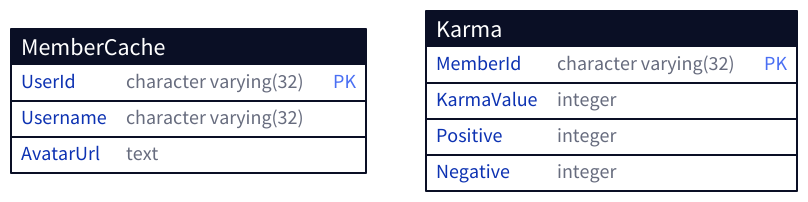
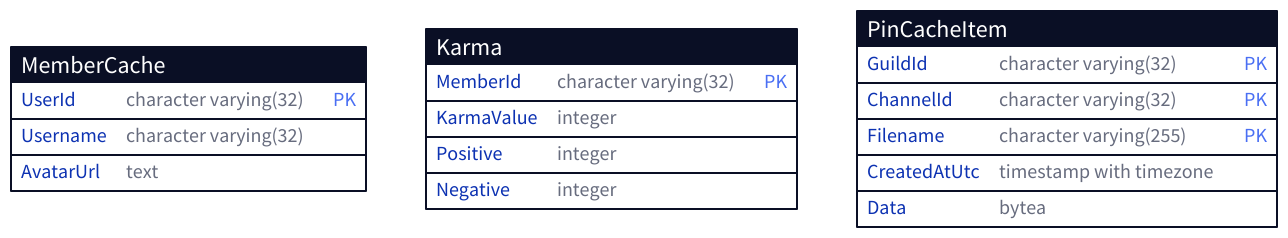
The diagram in data/rubbergod_db.d2 (GrillBot/grillbot-docs), drawn with D2 before and after one commit. The commit also changed 6 other files, not shown here.

```diff
--- a/data/rubbergod_db.d2
+++ b/data/rubbergod_db.d2
@@ -1,16 +1,26 @@
 MemberCache: {
   shape: sql_table
 
   UserId: character varying(32) {constraint: primary_key}
   Username: character varying(32)
   AvatarUrl: text
 }
 
 Karma: {
   shape: sql_table
 
   MemberId: character varying(32) {constraint: primary_key}
   KarmaValue: integer
   Positive: integer
   Negative: integer
 }
+
+PinCacheItem: {
+  shape: sql_table
+
+  GuildId: character varying(32) {constraint: primary_key}
+  ChannelId: character varying(32) {constraint: primary_key}
+  Filename: character varying(255) {constraint: primary_key}
+  CreatedAtUtc: timestamp with timezone
+  Data: bytea
+}
```
